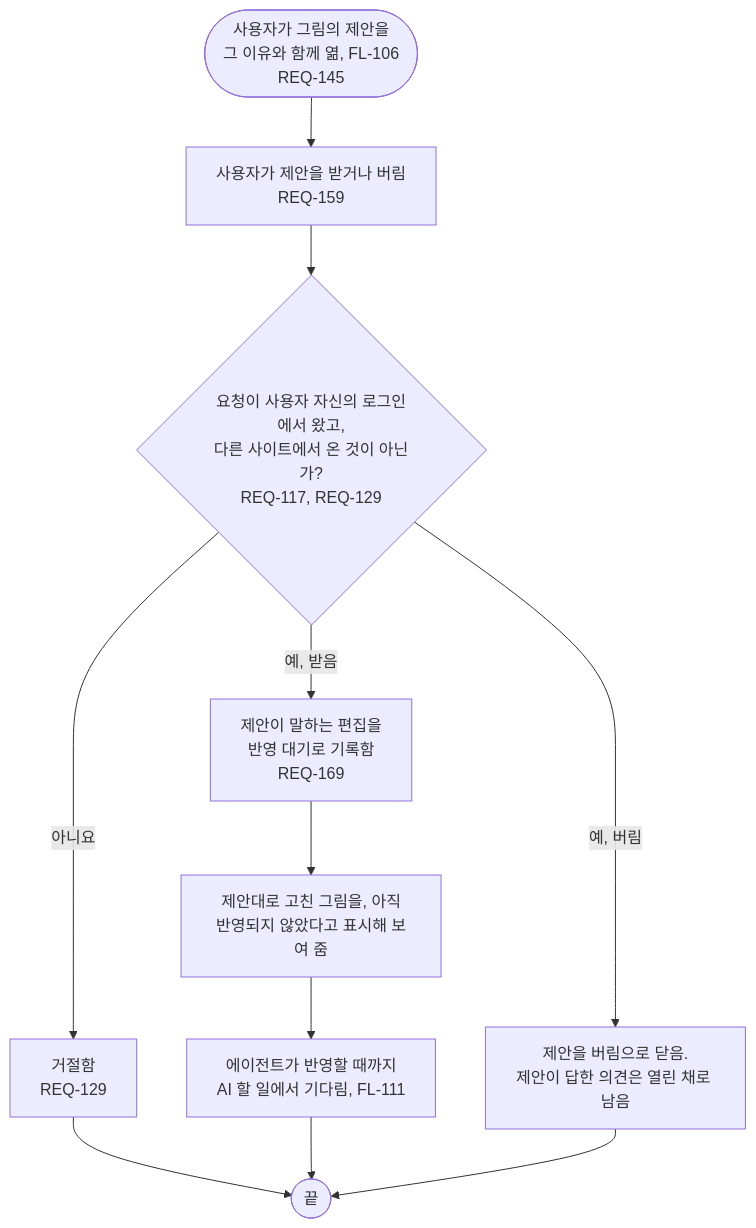
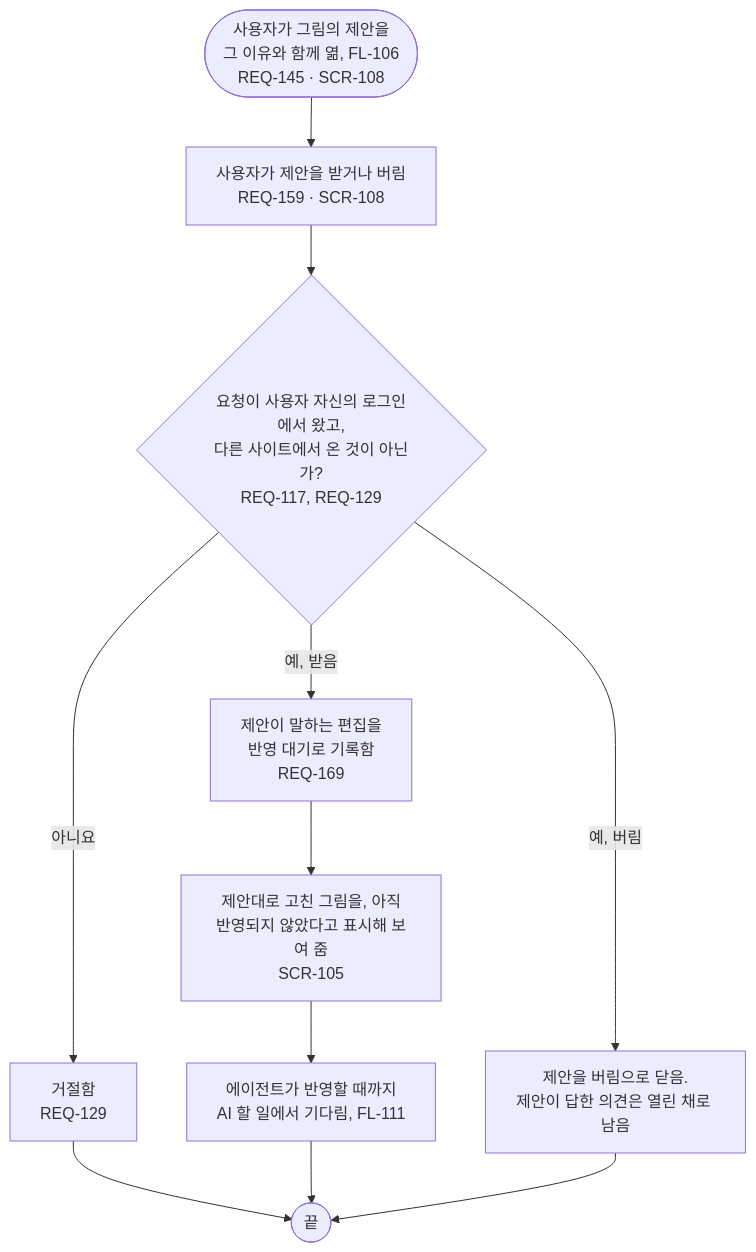
Before and after one commit to kodonghui/corthex-nexus: the diagram in docs/03-user-flow/nexus/FL-110-accept-or-dismiss-a-proposal.ko.md, drawn with Mermaid. The commit also changed 19 other files, not shown here.

````diff
--- a/docs/03-user-flow/nexus/FL-110-accept-or-dismiss-a-proposal.ko.md
+++ b/docs/03-user-flow/nexus/FL-110-accept-or-dismiss-a-proposal.ko.md
@@ -9,13 +9,13 @@
 ```mermaid
 flowchart TD
-  A(["사용자가 그림의 제안을<br/>그 이유와 함께 엶, FL-106<br/>REQ-145"]) --> B["사용자가 제안을 받거나 버림<br/>REQ-159"]
+  A(["사용자가 그림의 제안을<br/>그 이유와 함께 엶, FL-106<br/>REQ-145 · SCR-108"]) --> B["사용자가 제안을 받거나 버림<br/>REQ-159 · SCR-108"]
   B --> C{"요청이 사용자 자신의 로그인에서 왔고,<br/>다른 사이트에서 온 것이 아닌가?<br/>REQ-117, REQ-129"}
   C -->|아니요| R["거절함<br/>REQ-129"]
   R --> Z(["끝"])
   C -->|예, 받음| E["제안이 말하는 편집을<br/>반영 대기로 기록함<br/>REQ-169"]
-  E --> F["제안대로 고친 그림을, 아직<br/>반영되지 않았다고 표시해 보여 줌"]
+  E --> F["제안대로 고친 그림을, 아직<br/>반영되지 않았다고 표시해 보여 줌<br/>SCR-105"]
   F --> G["에이전트가 반영할 때까지<br/>AI 할 일에서 기다림, FL-111"]
   G --> Z
   C -->|예, 버림| H["제안을 버림으로 닫음.<br/>제안이 답한 의견은 열린 채로 남음"]
   H --> Z
 ```
````
